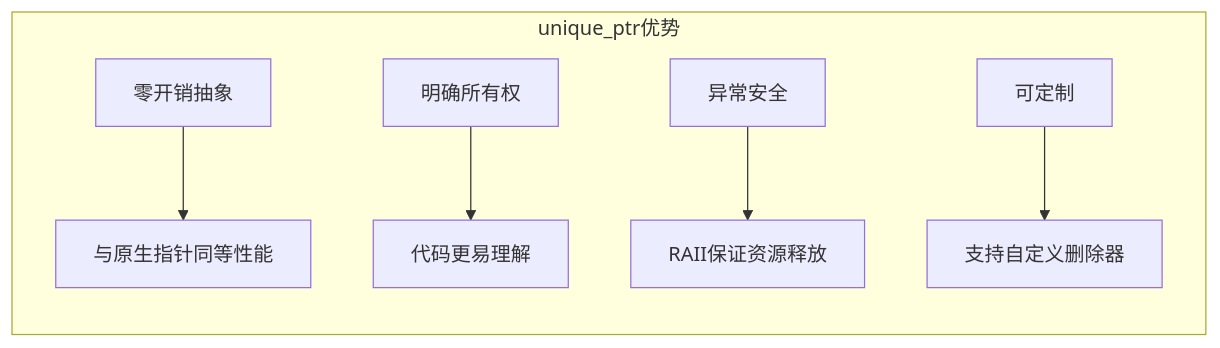
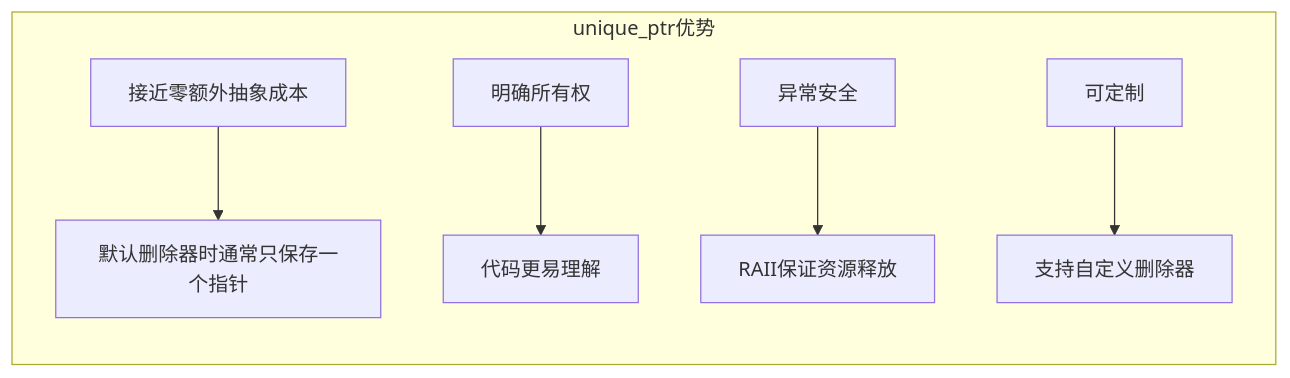
The sixth of 9 diagrams in week_02/day_08/README.md (mlbo/cpp_learning), drawn with Mermaid before and after one commit. The commit also changed other lines of this file and 675 other files, not shown here.

````diff
--- a/week_02/day_08/README.md
+++ b/week_02/day_08/README.md
@@ -242,9 +297,9 @@
 ```mermaid
 graph LR
     subgraph unique_ptr优势
-        A["零开销抽象"] --> B["与原生指针同等性能"]
+        A["接近零额外抽象成本"] --> B["默认删除器时通常只保存一个指针"]
         C["明确所有权"] --> D["代码更易理解"]
         E["异常安全"] --> F["RAII保证资源释放"]
         G["可定制"] --> H["支持自定义删除器"]
     end
 ```
````
